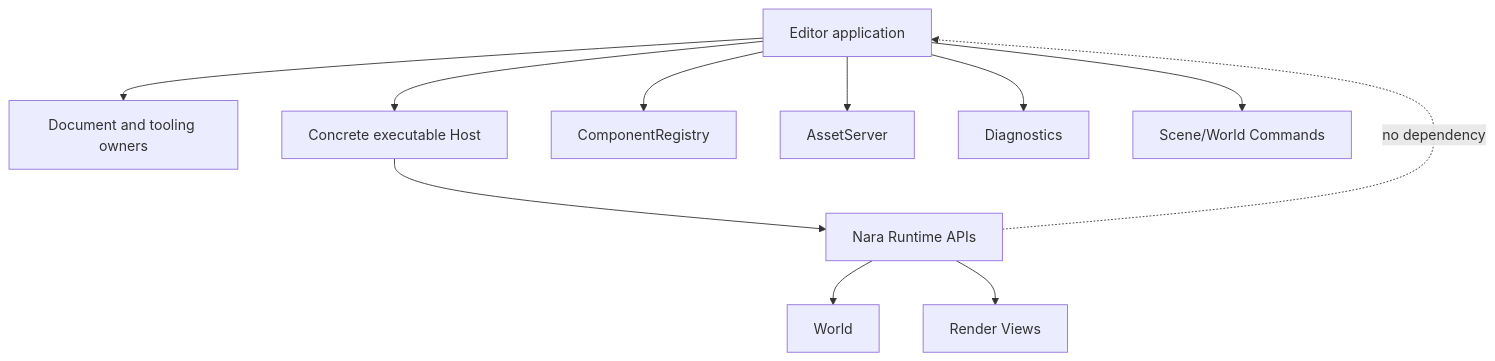
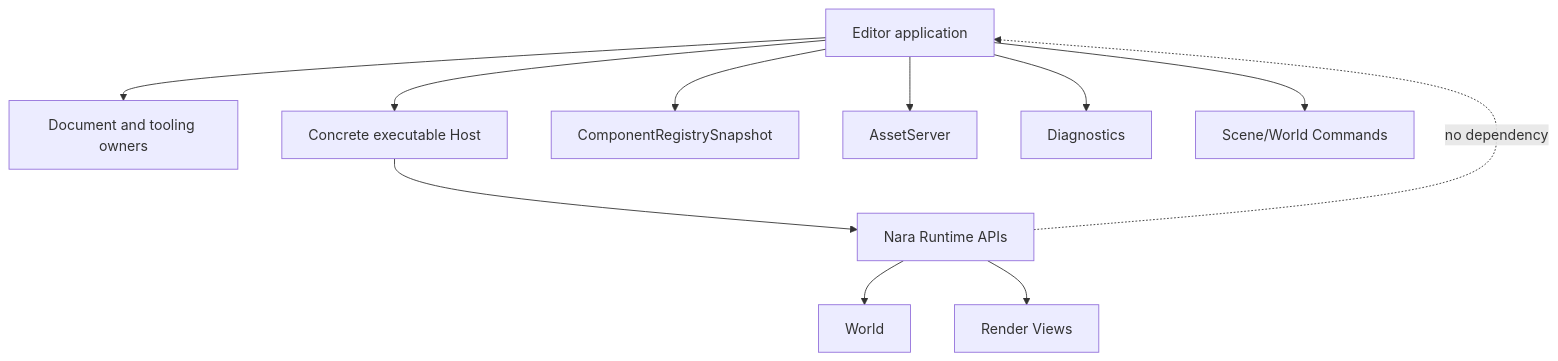
Before and after one commit to Latias94/nara: the diagram in docs/architecture/adr/0015-editor-tooling-and-dogfooding-boundary.md, drawn with Mermaid. The commit also changed other lines of this file and 187 other files, not shown here.

````diff
--- a/docs/architecture/adr/0015-editor-tooling-and-dogfooding-boundary.md
+++ b/docs/architecture/adr/0015-editor-tooling-and-dogfooding-boundary.md
@@ -117,13 +117,13 @@
 ```mermaid
 flowchart TD
     Editor[Editor application] --> Authoring[Document and tooling owners]
     Editor --> Host[Concrete executable Host]
     Host --> Runtime[Nara Runtime APIs]
-    Editor --> Registry[ComponentRegistry]
+    Editor --> Registry[ComponentRegistrySnapshot]
     Editor --> Assets[AssetServer]
     Editor --> Diagnostics[Diagnostics]
     Editor --> Commands[Scene/World Commands]
     Runtime --> ECS[World]
     Runtime --> Render[Render Views]
     Runtime -. no dependency .-> Editor
 ```
````
